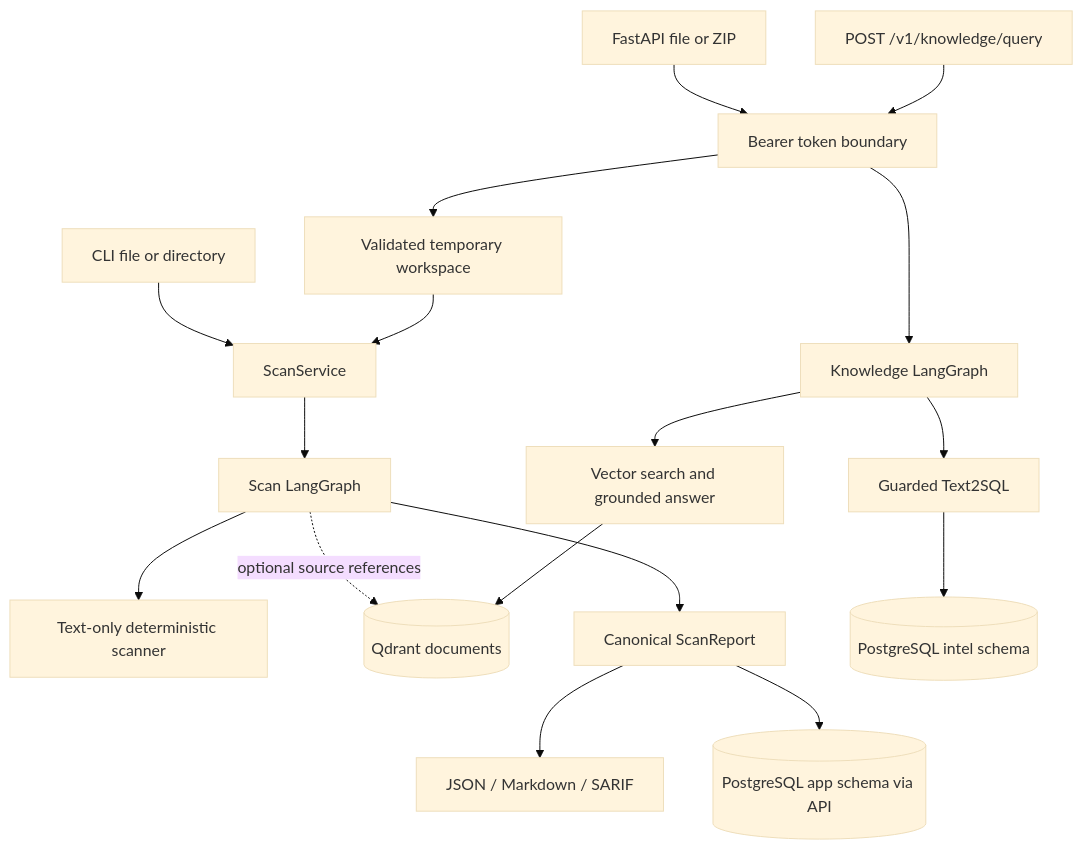
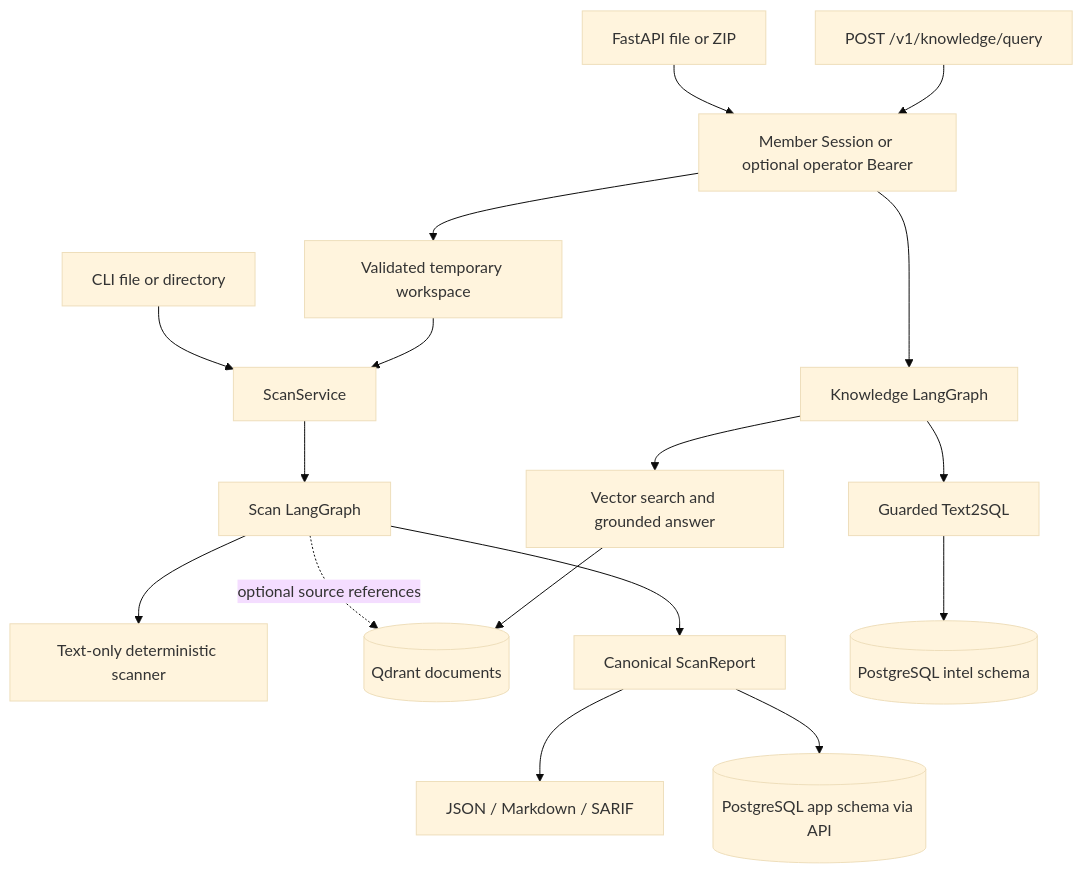
The diagram in docs/architecture.md (taehyeon-git/SecRAGraph), drawn with Mermaid (base theme) before and after one commit. The commit also changed other lines of this file and 95 other files, not shown here.

````diff
--- a/docs/architecture.md
+++ b/docs/architecture.md
@@ -7,19 +7,19 @@
 ```mermaid
 flowchart TB
   FILE[CLI file or directory] --> SCAN[ScanService]
-  UPLOAD[FastAPI file or ZIP] --> AUTH[Bearer token boundary]
+  UPLOAD[FastAPI file or ZIP] --> AUTH[Member Session or optional operator Bearer]
   AUTH --> TEMP[Validated temporary workspace]
   TEMP --> SCAN
   SCAN --> SGRAPH[Scan LangGraph]
   SGRAPH --> DET[Text-only deterministic scanner]
   SGRAPH -. optional source references .-> QDRANT[(Qdrant documents)]
   SGRAPH --> CANON[Canonical ScanReport]
   CANON --> FORMATS[JSON / Markdown / SARIF]
   CANON --> APPDB[(PostgreSQL app schema via API)]
   QUESTION[POST /v1/knowledge/query] --> AUTH
   AUTH --> KGRAPH[Knowledge LangGraph]
   KGRAPH --> SQL[Guarded Text2SQL]
   SQL --> INTEL[(PostgreSQL intel schema)]
   KGRAPH --> VEC[Vector search and grounded answer]
   VEC --> QDRANT
 ```
````
